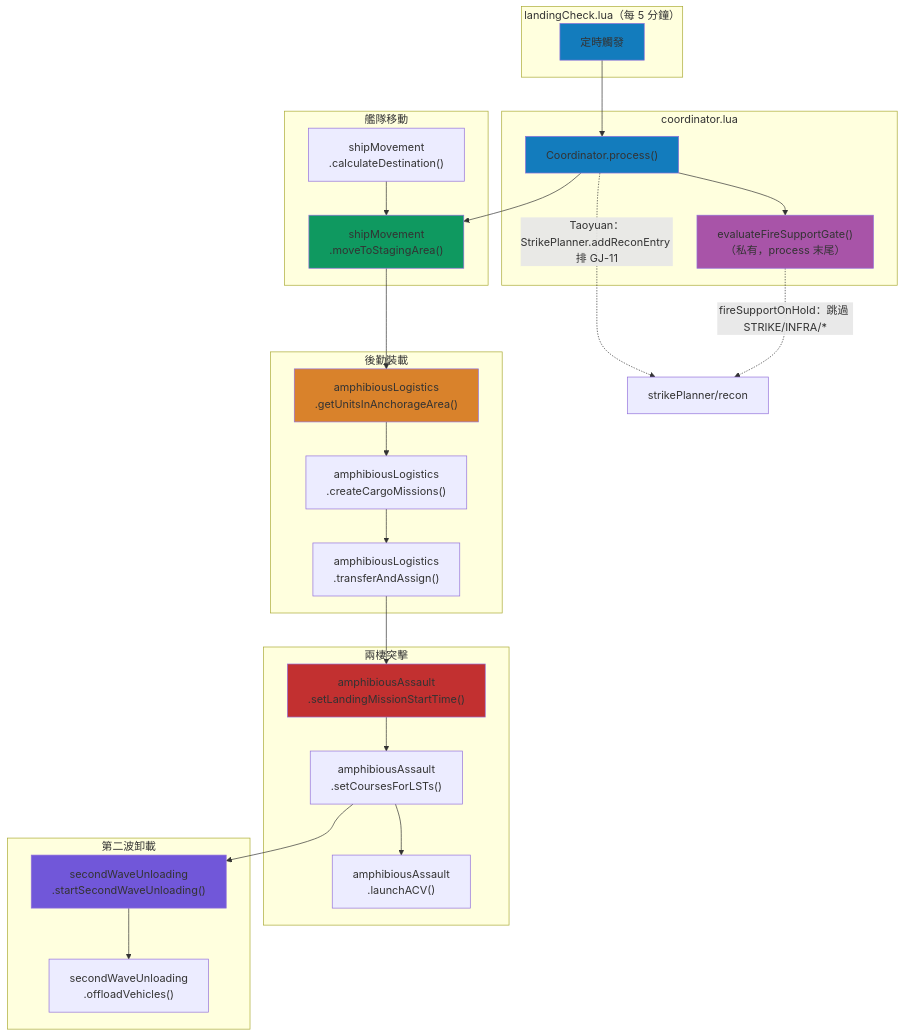
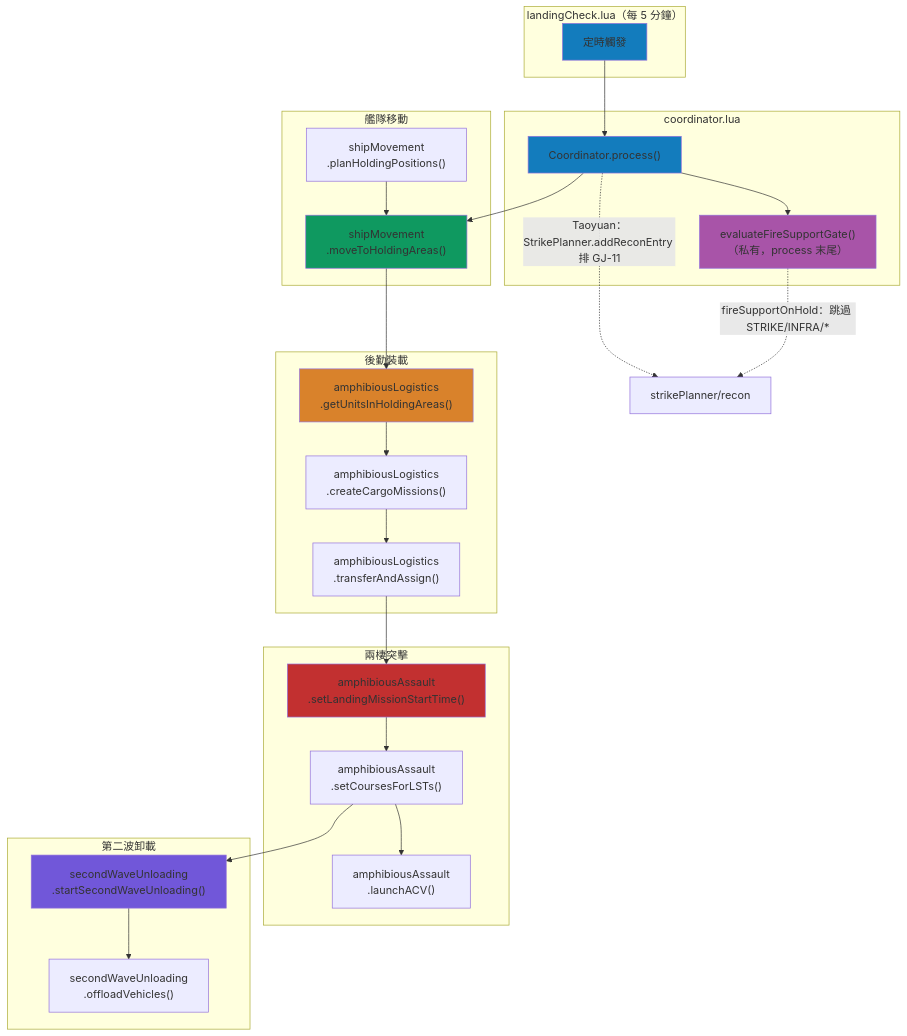
Before and after one commit to pullupjumper/formosa-in-flames: the first of 3 diagrams in docs/landingOps/README.md, drawn with Mermaid. The commit also changed other lines of this file and 31 other files, not shown here.

First line of the commit message:
refactor(landingOps): rename anchorage to movement.holdingAreas and trim shipMovement params

````diff
--- a/docs/landingOps/README.md
+++ b/docs/landingOps/README.md
@@ -63,53 +63,53 @@
 ```mermaid
 flowchart TB
     subgraph 觸發器["landingCheck.lua（每 5 分鐘）"]
         TRIGGER[定時觸發]
     end
 
     subgraph 編排層["coordinator.lua"]
         COORD["Coordinator.process()"]
         GATE["evaluateFireSupportGate()<br>（私有，process 末尾）"]
     end
 
     subgraph 階段一["艦隊移動"]
-        SM["shipMovement<br>.moveToStagingArea()"]
-        CALC["shipMovement<br>.calculateDestination()"]
+        SM["shipMovement<br>.moveToHoldingAreas()"]
+        CALC["shipMovement<br>.planHoldingPositions()"]
     end
 
     subgraph 階段二["後勤裝載"]
-        AL_GET["amphibiousLogistics<br>.getUnitsInAnchorageArea()"]
+        AL_GET["amphibiousLogistics<br>.getUnitsInHoldingAreas()"]
         AL_CREATE["amphibiousLogistics<br>.createCargoMissions()"]
         AL_TRANSFER["amphibiousLogistics<br>.transferAndAssign()"]
     end
 
     subgraph 階段三["兩棲突擊"]
         AA_TIME["amphibiousAssault<br>.setLandingMissionStartTime()"]
         AA_COURSE["amphibiousAssault<br>.setCoursesForLSTs()"]
         AA_ACV["amphibiousAssault<br>.launchACV()"]
     end
 
     subgraph 階段四["第二波卸載"]
         SW_START["secondWaveUnloading<br>.startSecondWaveUnloading()"]
         SW_OFFLOAD["secondWaveUnloading<br>.offloadVehicles()"]
     end
 
     TRIGGER --> COORD
     COORD --> SM
     CALC --> SM
     SM --> AL_GET
     AL_GET --> AL_CREATE --> AL_TRANSFER
     AL_TRANSFER --> AA_TIME --> AA_COURSE
     AA_COURSE --> AA_ACV
     AA_COURSE --> SW_START --> SW_OFFLOAD
     COORD --> GATE
     COORD -.->|Taoyuan：StrikePlanner.addReconEntry 排 GJ-11| RECON["strikePlanner/recon"]
     GATE -.->|fireSupportOnHold：跳過 STRIKE/INFRA/*| RECON
 
     style TRIGGER fill:#137cbd
     style COORD fill:#137cbd
     style GATE fill:#a854a8
     style SM fill:#0f9960
     style AL_GET fill:#d9822b
     style AA_TIME fill:#c23030
     style SW_START fill:#7157d9
 ```
````
